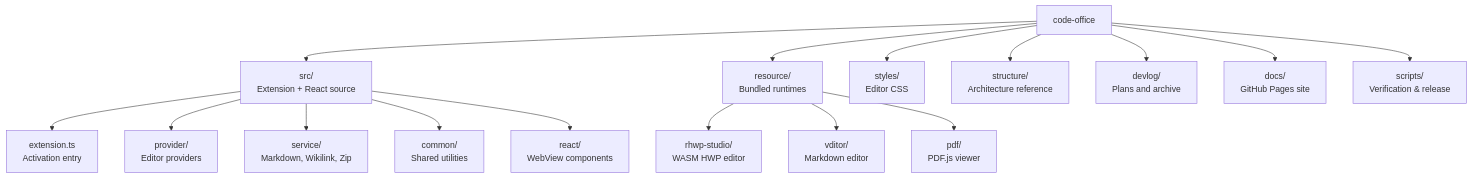
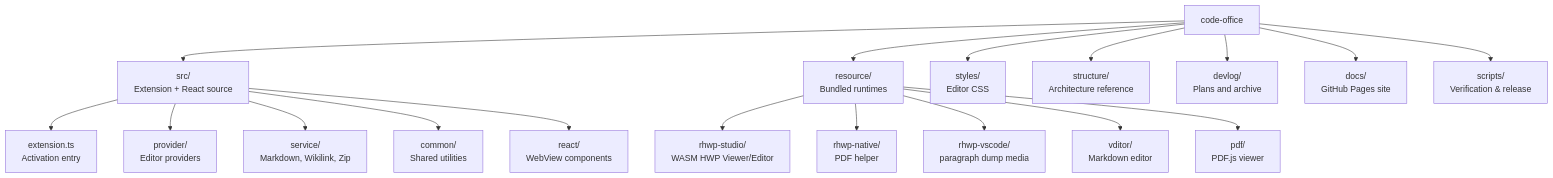
One commit to lidge-jun/code-office changed the diagram in structure/01-file-function-map.md. Above: the diagram before and after it, drawn with Mermaid. The commit also changed other lines of this file and 16 other files, not shown here.

````diff
--- a/structure/01-file-function-map.md
+++ b/structure/01-file-function-map.md
@@ -19,18 +19,20 @@
 ```mermaid
 graph TD
     ROOT["code-office"] --> SRC["src/<br/>Extension + React source"]
     ROOT --> RES["resource/<br/>Bundled runtimes"]
     ROOT --> STYLES["styles/<br/>Editor CSS"]
     ROOT --> STRUCT["structure/<br/>Architecture reference"]
     ROOT --> DEVLOG["devlog/<br/>Plans and archive"]
     ROOT --> DOCS["docs/<br/>GitHub Pages site"]
     ROOT --> SCRIPTS["scripts/<br/>Verification & release"]
     SRC --> EXT["extension.ts<br/>Activation entry"]
     SRC --> PROV["provider/<br/>Editor providers"]
     SRC --> SVC["service/<br/>Markdown, Wikilink, Zip"]
     SRC --> COMMON["common/<br/>Shared utilities"]
     SRC --> REACTSRC["react/<br/>WebView components"]
-    RES --> RHWP["rhwp-studio/<br/>WASM HWP editor"]
+    RES --> RHWP["rhwp-studio/<br/>WASM HWP Viewer/Editor"]
+    RES --> RHWPN["rhwp-native/<br/>PDF helper"]
+    RES --> RHWPV["rhwp-vscode/<br/>paragraph dump media"]
     RES --> VDITOR["vditor/<br/>Markdown editor"]
     RES --> PDF["pdf/<br/>PDF.js viewer"]
 ```
````
